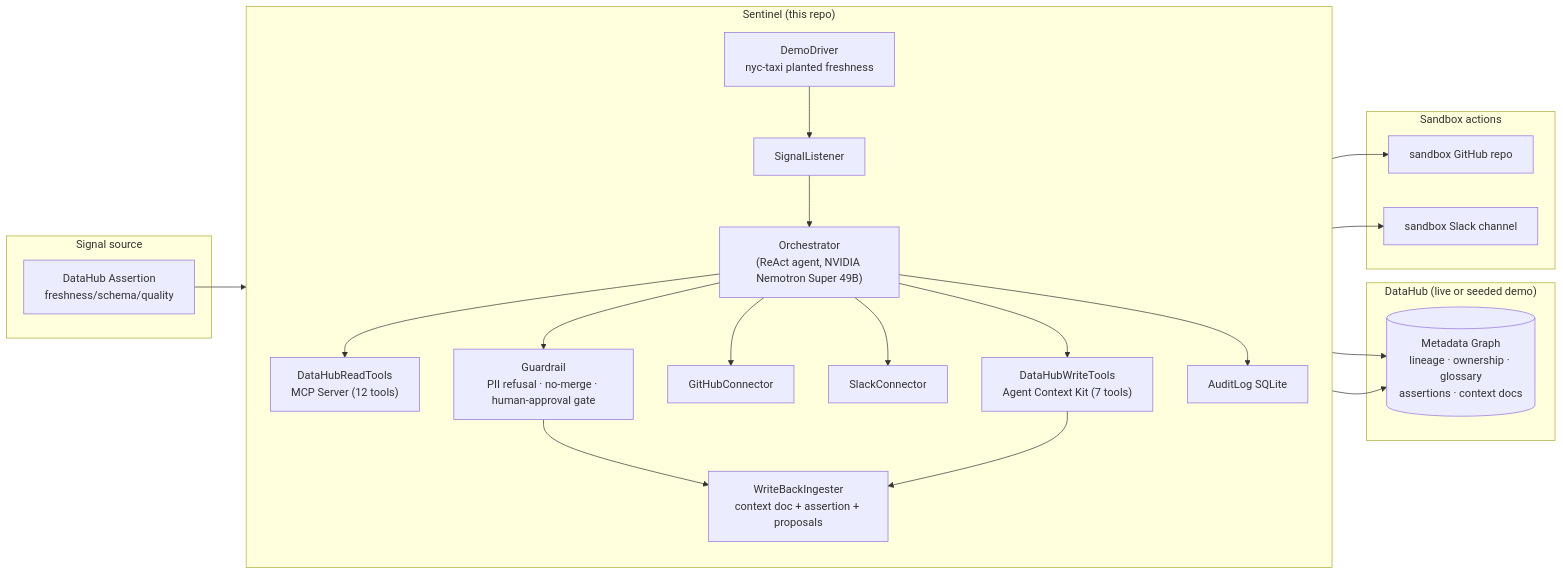
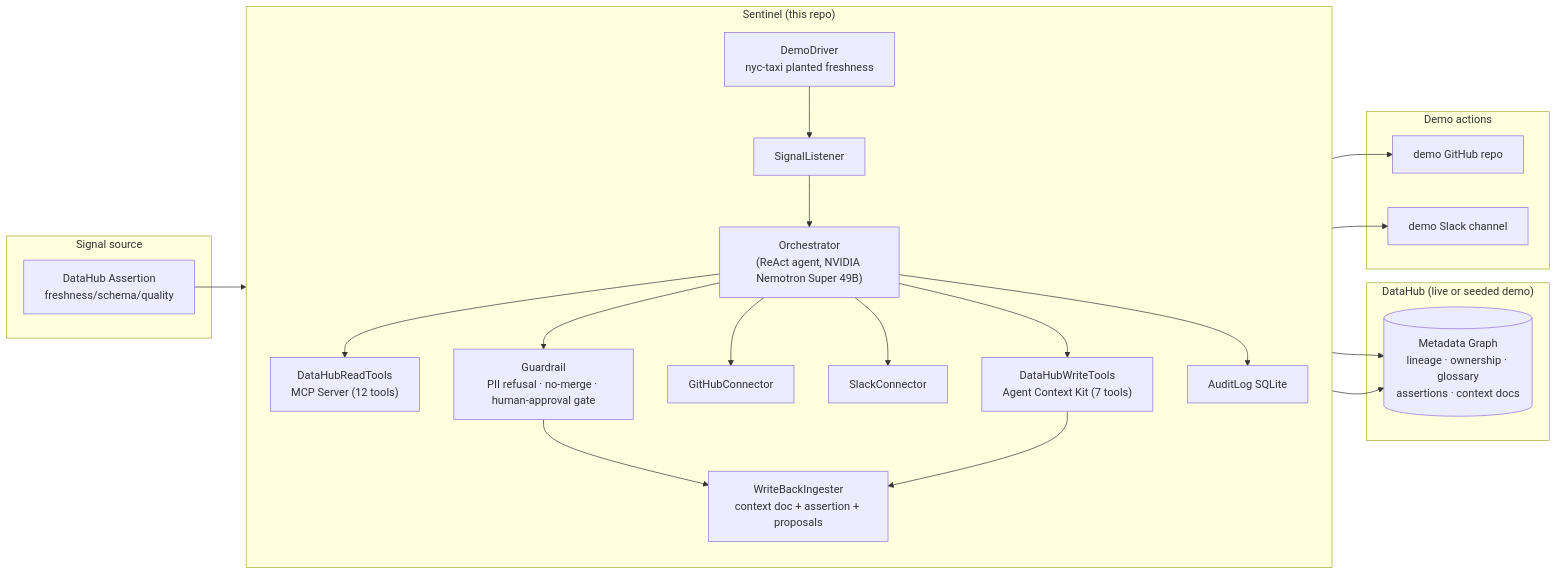
The diagram in README.md (sodiq-code/sentinel), drawn with Mermaid before and after one commit. The commit also changed other lines of this file and 34 other files, not shown here.

````diff
--- a/README.md
+++ b/README.md
@@ -54,45 +54,45 @@
 ```mermaid
 flowchart LR
   subgraph Signal["Signal source"]
     A[DataHub Assertion<br/>freshness/schema/quality]
   end
 
   subgraph Sentinel["Sentinel (this repo)"]
     direction TB
     SL[SignalListener]
     ORC["Orchestrator<br/>(ReAct agent, NVIDIA Nemotron Super 49B)"]
     DHR["DataHubReadTools<br/>MCP Server (12 tools)"]
     DHW["DataHubWriteTools<br/>Agent Context Kit (7 tools)"]
     GH[GitHubConnector]
     SLK[SlackConnector]
     GRD["Guardrail<br/>PII refusal · no-merge · human-approval gate"]
     WBI["WriteBackIngester<br/>context doc + assertion + proposals"]
     AUD[AuditLog SQLite]
     DMG[DemoDriver<br/>nyc-taxi planted freshness]
     SL --> ORC
     ORC --> DHR
     ORC --> DHW
     ORC --> GH
     ORC --> SLK
     ORC --> GRD
     GRD --> WBI
     DHW --> WBI
     ORC --> AUD
     DMG --> SL
   end
 
   subgraph DataHub["DataHub (live or seeded demo)"]
     D[(Metadata Graph<br/>lineage · ownership · glossary<br/>assertions · context docs)]
   end
 
-  subgraph External["Sandbox actions"]
-    GHRepo[sandbox GitHub repo]
-    SlackCh[sandbox Slack channel]
+  subgraph External["Demo actions"]
+    GHRepo[demo GitHub repo]
+    SlackCh[demo Slack channel]
   end
 
   A --> SL
   DHR --> D
   WBI --> D
   GH --> GHRepo
   SLK --> SlackCh
 ```
````
